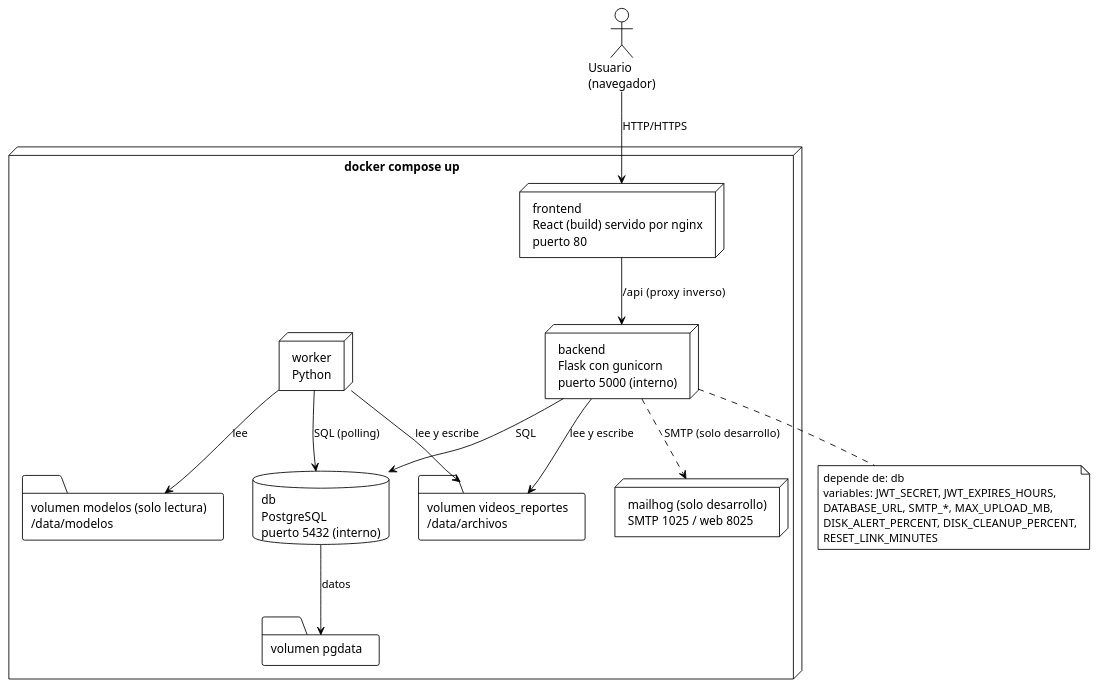
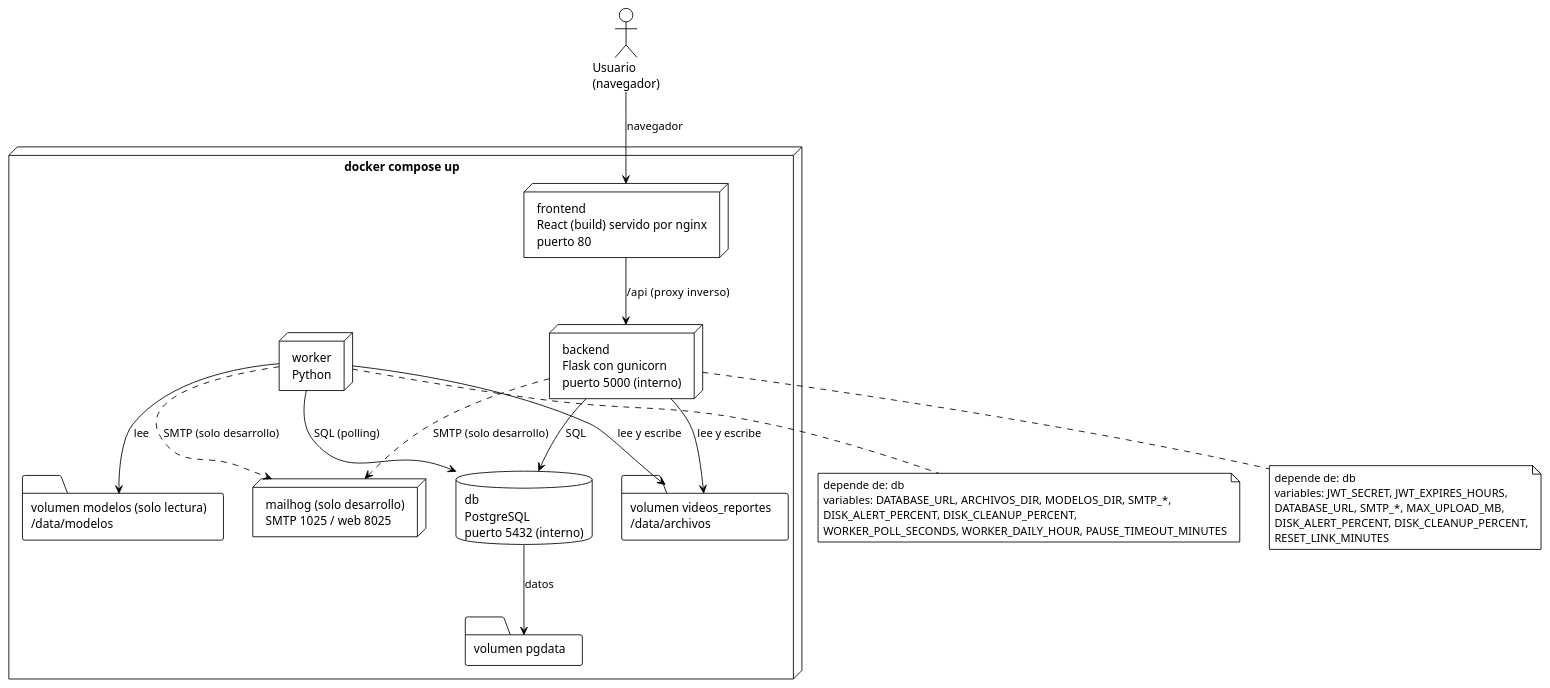
Before and after one commit to ErickJester/fst-ai-system-latex: the tenth of 39 diagrams in INSTRUCCIONES-WEB.md, drawn with PlantUML. The commit also changed other lines of this file, not shown here.

First line of the commit message:
Reescribir y ajustar INSTRUCCIONES-WEB.md para que otro Claude pueda construir back y front solo con la guia

````diff
--- a/INSTRUCCIONES-WEB.md
+++ b/INSTRUCCIONES-WEB.md
@@ -1192,39 +1416,47 @@
 ```plantuml
 @startuml contenedores_docker
 !theme plain
 skinparam defaultFontName Arial
 skinparam shadowing false
 skinparam BackgroundColor White
 
 actor "Usuario\n(navegador)" as U
 
 node "docker compose up" {
   node "frontend\nReact (build) servido por nginx\npuerto 80" as fe
   node "backend\nFlask con gunicorn\npuerto 5000 (interno)" as be
   node "worker\nPython" as wk
   database "db\nPostgreSQL\npuerto 5432 (interno)" as db
   node "mailhog (solo desarrollo)\nSMTP 1025 / web 8025" as ml
   folder "volumen videos_reportes\n/data/archivos" as vf
   folder "volumen modelos (solo lectura)\n/data/modelos" as vm
   folder "volumen pgdata" as vp
 }
 
-U --> fe : HTTP/HTTPS
+U --> fe : navegador
 fe --> be : /api  (proxy inverso)
 be --> db : SQL
 wk --> db : SQL (polling)
 be --> vf : lee y escribe
 wk --> vf : lee y escribe
 wk --> vm : lee
 db --> vp : datos
 be ..> ml : SMTP (solo desarrollo)
+wk ..> ml : SMTP (solo desarrollo)
 
 note bottom of be
   depende de: db
   variables: JWT_SECRET, JWT_EXPIRES_HOURS,
   DATABASE_URL, SMTP_*, MAX_UPLOAD_MB,
   DISK_ALERT_PERCENT, DISK_CLEANUP_PERCENT,
   RESET_LINK_MINUTES
 end note
+
+note bottom of wk
+  depende de: db
+  variables: DATABASE_URL, ARCHIVOS_DIR, MODELOS_DIR, SMTP_*,
+  DISK_ALERT_PERCENT, DISK_CLEANUP_PERCENT,
+  WORKER_POLL_SECONDS, WORKER_DAILY_HOUR, PAUSE_TIMEOUT_MINUTES
+end note
 @enduml
 ```
````
